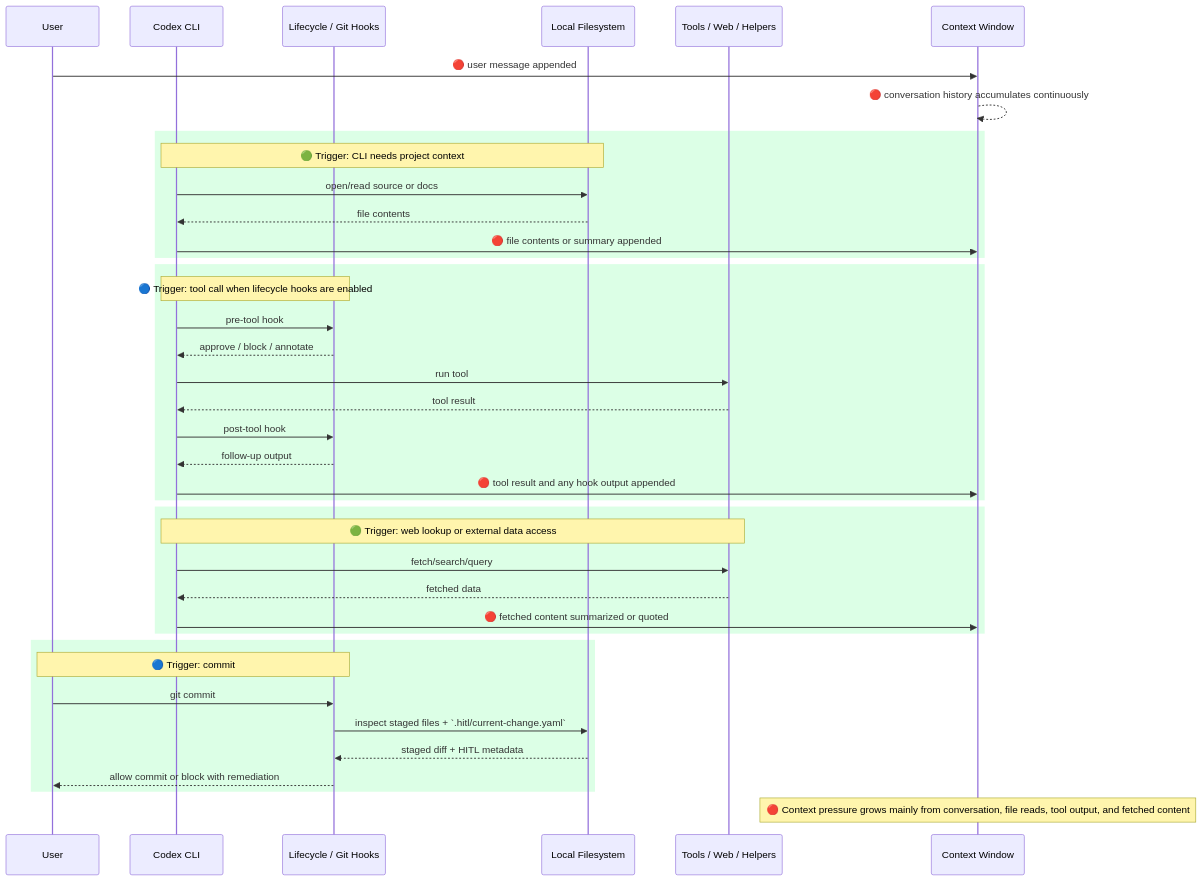
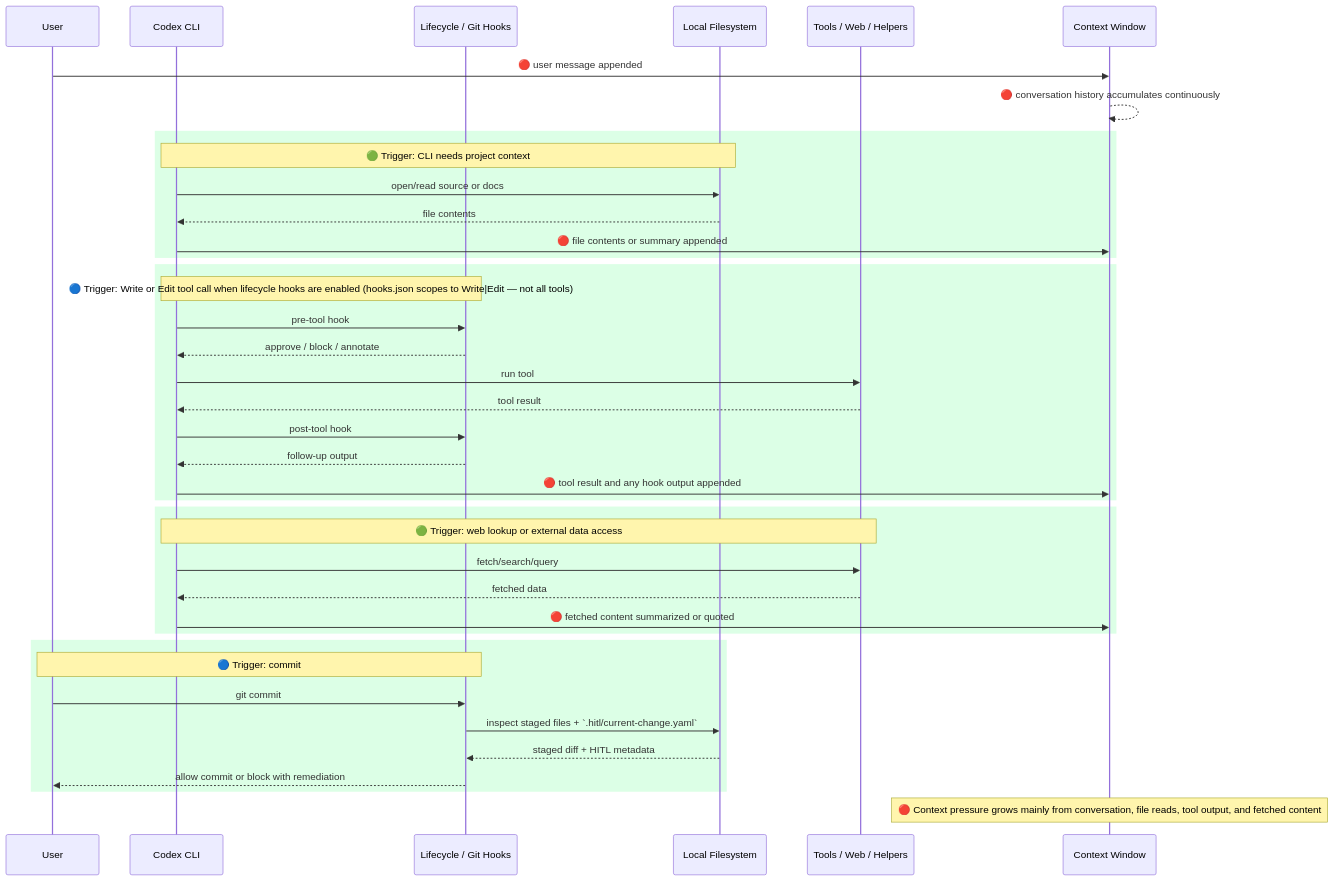
Before and after one commit to Prasad-Apparaju/hitl-dev-platform: the third of 3 diagrams in docs/reference/context-models/codex-cli-context-map.md, drawn with Mermaid. The commit also changed 2 other files, not shown here.

Commit message:
tighten context model docs based on review feedback
- README.md (rationale): split "Loaded on demand" and "Design Consequence"
  sections to distinguish Claude Code (lazy-loaded skills) from Codex CLI
  (all workflows in AGENTS.md, always loaded); correct hook enforcement claim
  to state what is actually checked (.hitl/current-change.yaml fields, not a
  live GitHub API call); note that Codex hooks are scoped to Write|Edit
- codex-cli-context-map.md: scope lifecycle hook trigger note to Write|Edit
  operations to match actual hooks.json config
- claude-code-context-map.md: add confidence framing banner at the top;
  soften token size table header and total to signal directional estimates

````diff
--- a/docs/reference/context-models/codex-cli-context-map.md
+++ b/docs/reference/context-models/codex-cli-context-map.md
@@ -78,47 +78,47 @@
 ```mermaid
 sequenceDiagram
     participant User
     participant CLI as Codex CLI
     participant Hook as Lifecycle / Git Hooks
     participant FS as Local Filesystem
     participant Tool as Tools / Web / Helpers
     participant Ctx as Context Window
 
     User->>Ctx: 🔴 user message appended
     Ctx-->>Ctx: 🔴 conversation history accumulates continuously
 
     rect rgb(220, 255, 230)
         Note over CLI,FS: 🟢 Trigger: CLI needs project context
         CLI->>FS: open/read source or docs
         FS-->>CLI: file contents
         CLI->>Ctx: 🔴 file contents or summary appended
     end
 
     rect rgb(220, 255, 230)
-        Note over CLI,Hook: 🔵 Trigger: tool call when lifecycle hooks are enabled
+        Note over CLI,Hook: 🔵 Trigger: Write or Edit tool call when lifecycle hooks are enabled (hooks.json scopes to Write|Edit — not all tools)
         CLI->>Hook: pre-tool hook
         Hook-->>CLI: approve / block / annotate
         CLI->>Tool: run tool
         Tool-->>CLI: tool result
         CLI->>Hook: post-tool hook
         Hook-->>CLI: follow-up output
         CLI->>Ctx: 🔴 tool result and any hook output appended
     end
 
     rect rgb(220, 255, 230)
         Note over CLI,Tool: 🟢 Trigger: web lookup or external data access
         CLI->>Tool: fetch/search/query
         Tool-->>CLI: fetched data
         CLI->>Ctx: 🔴 fetched content summarized or quoted
     end
 
     rect rgb(220, 255, 230)
         Note over User,Hook: 🔵 Trigger: commit
         User->>Hook: git commit
         Hook->>FS: inspect staged files + `.hitl/current-change.yaml`
         FS-->>Hook: staged diff + HITL metadata
         Hook-->>User: allow commit or block with remediation
     end
 
     Note over Ctx: 🔴 Context pressure grows mainly from conversation, file reads, tool output, and fetched content
 ```
````
